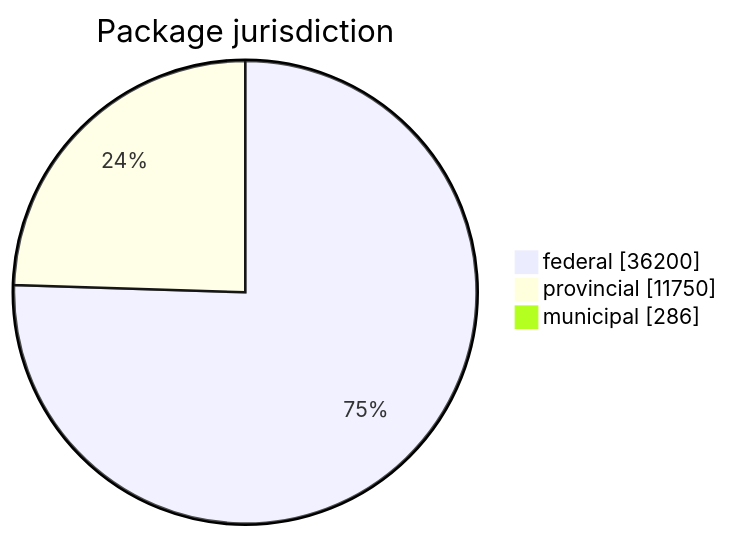
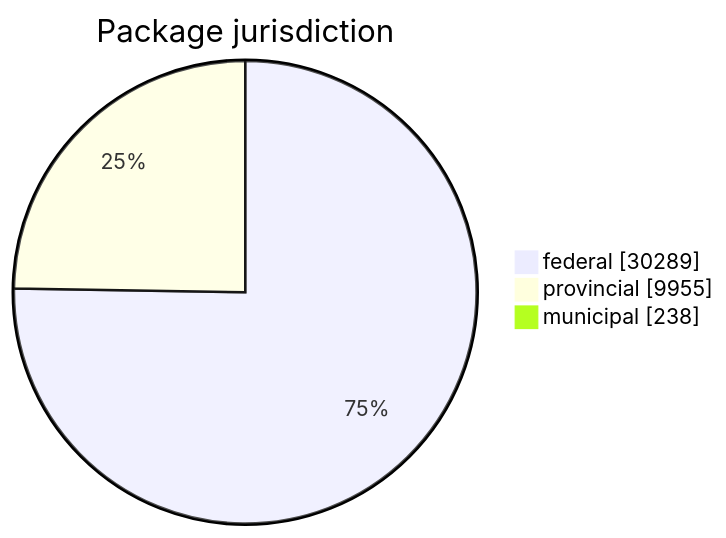
One commit to open-data/analytics-corporate-reporting changed the first of 5 diagrams in FreshCheck/README.md. Above: the diagram before and after it, drawn with Mermaid. The commit also changed other lines of this file and 3 other files, not shown here.

````diff
--- a/FreshCheck/README.md
+++ b/FreshCheck/README.md
@@ -60,6 +60,6 @@
 ```mermaid
 pie showData title Package jurisdiction
-    "federal": 36200
-    "provincial": 11750
-    "municipal": 286
+    "federal": 30289
+    "provincial": 9955
+    "municipal": 238
 ```
````
